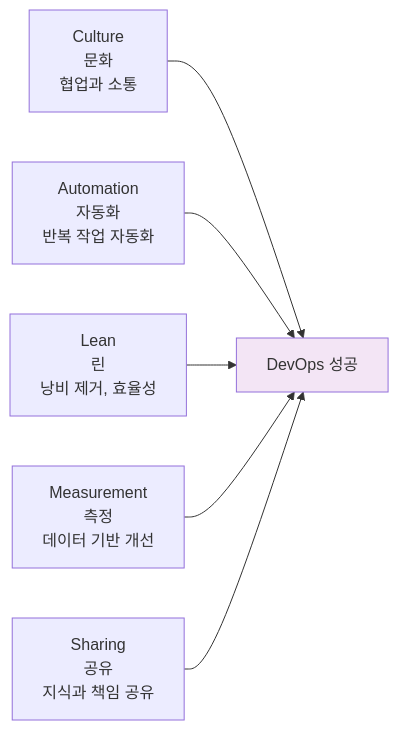
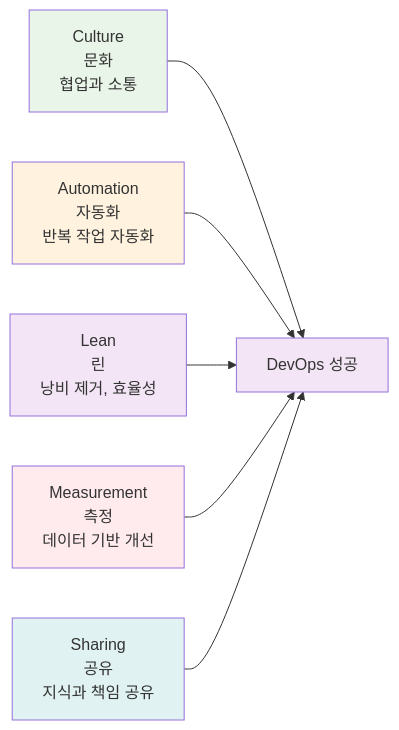
The fourth of 5 diagrams in theory/week_01/day1/session_2.md (niceguy61/kdt_devops_lecture_2025), drawn with Mermaid before and after one commit. The commit also changed 7 other files, not shown here.

````diff
--- a/theory/week_01/day1/session_2.md
+++ b/theory/week_01/day1/session_2.md
@@ -141,10 +141,15 @@
 ```mermaid
 graph LR
     A[Culture<br/>문화<br/>협업과 소통] --> F[DevOps 성공]
     B[Automation<br/>자동화<br/>반복 작업 자동화] --> F
     C[Lean<br/>린<br/>낭비 제거, 효율성] --> F
     D[Measurement<br/>측정<br/>데이터 기반 개선] --> F
     E[Sharing<br/>공유<br/>지식과 책임 공유] --> F
     
+    style A fill:#e8f5e8
+    style B fill:#fff3e0
+    style C fill:#f3e5f5
+    style D fill:#ffebee
+    style E fill:#e0f2f1
     style F fill:#f3e5f5
 ```
````
